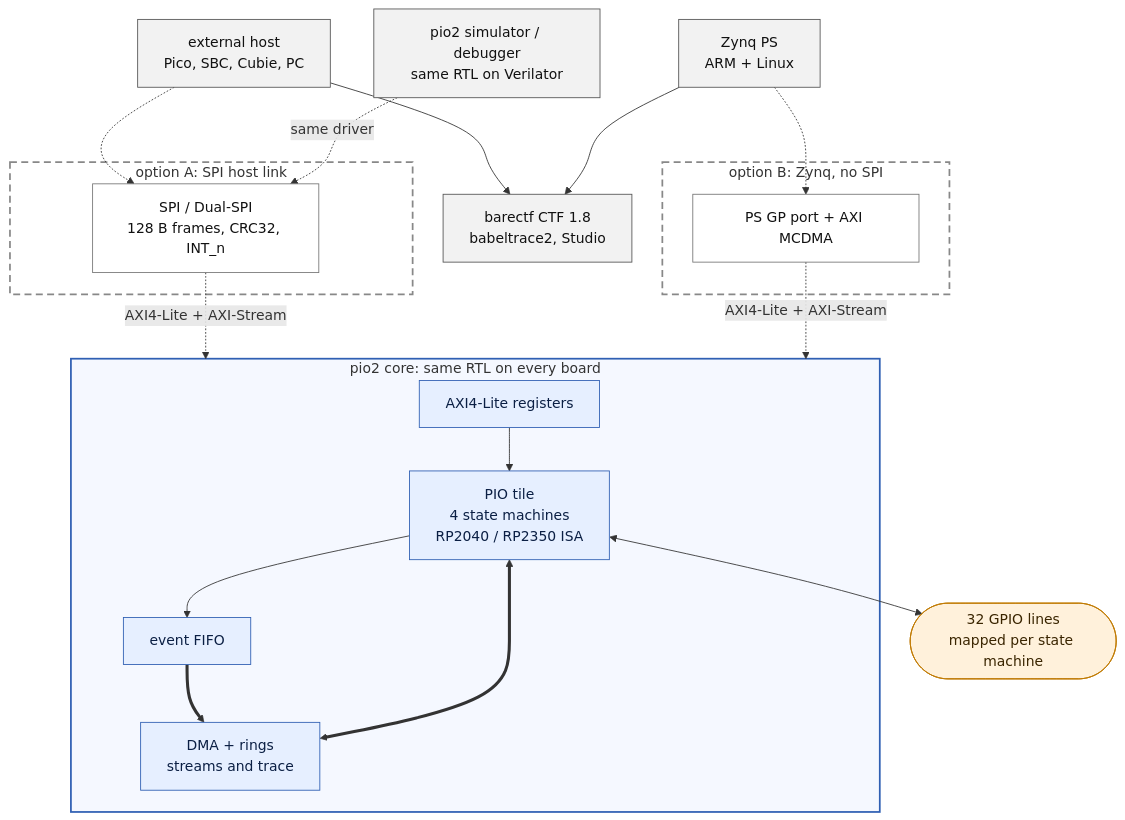
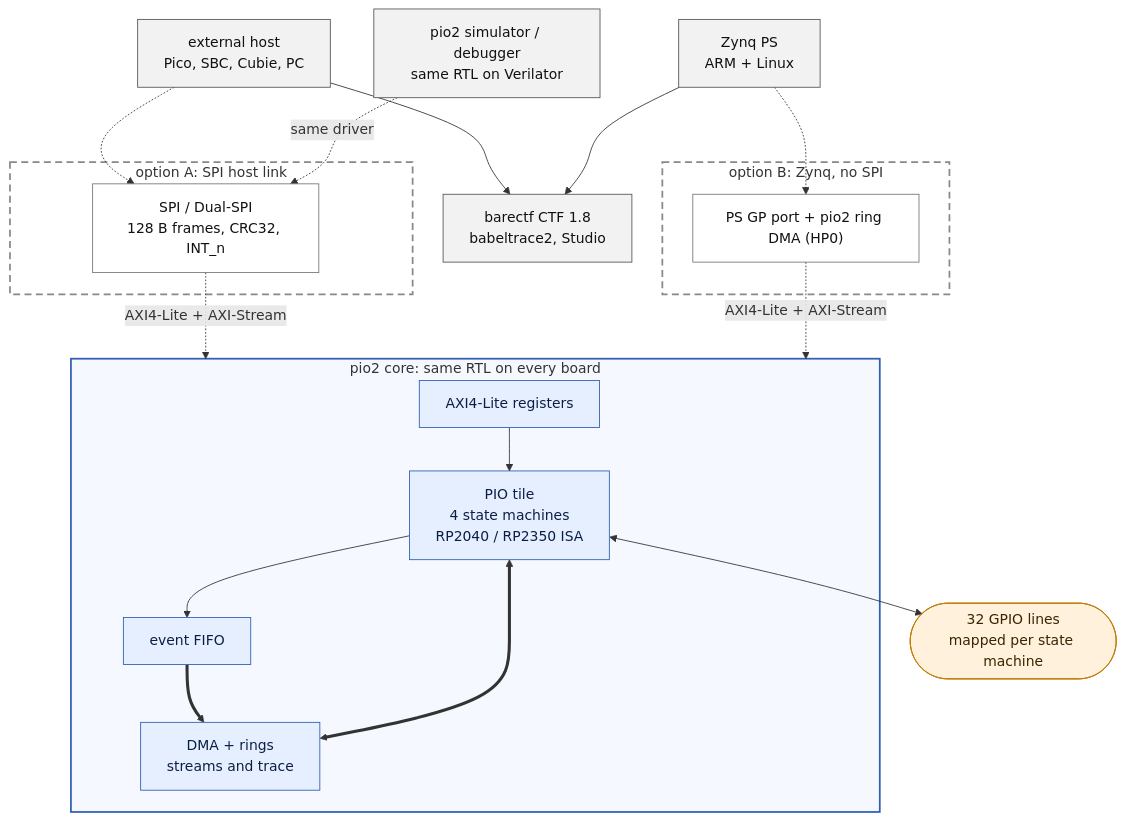
Before and after one commit to tcmichals/pio2: the first of 2 diagrams in README.md, drawn with Mermaid. The commit also changed other lines of this file and 3 other files, not shown here.

First line of the commit message:
docs(zynq): own ring DMA on HP0 instead of the Xilinx AXI MCDMA [SPEC-ICN-11]

````diff
--- a/README.md
+++ b/README.md
@@ -27,43 +27,43 @@
 ```mermaid
 flowchart TB
     classDef host fill:#f2f2f2,stroke:#555,color:#111
     classDef opt fill:#ffffff,stroke:#777,color:#111
     classDef core fill:#e6efff,stroke:#2f5fb3,color:#0b1f44
     classDef pins fill:#fff1db,stroke:#c07a00,color:#3a2500
 
     EXT["external host<br/>Pico, SBC, Cubie, PC"]:::host
     PS["Zynq PS<br/>ARM + Linux"]:::host
     SIM["pio2 simulator / debugger<br/>same RTL on Verilator"]:::host
 
     subgraph OPTA["option A: SPI host link"]
         SPI["SPI / Dual-SPI<br/>128 B frames, CRC32, INT_n"]:::opt
     end
     subgraph OPTB["option B: Zynq, no SPI"]
-        ZAD["PS GP port + AXI MCDMA"]:::opt
+        ZAD["PS GP port + pio2 ring DMA (HP0)"]:::opt
     end
 
     subgraph CORE["pio2 core: same RTL on every board"]
         XBAR["AXI4-Lite registers"]:::core
         DMA["DMA + rings<br/>streams and trace"]:::core
         PIO["PIO tile<br/>4 state machines<br/>RP2040 / RP2350 ISA"]:::core
         TRC["event FIFO"]:::core
     end
     PINS(["32 GPIO lines<br/>mapped per state machine"]):::pins
     CTF["barectf CTF 1.8<br/>babeltrace2, Studio"]:::host
 
     EXT -.-> SPI
     PS -.-> ZAD
     SIM -.->|"same driver"| SPI
     SPI -.->|"AXI4-Lite + AXI-Stream"| CORE
     ZAD -.->|"AXI4-Lite + AXI-Stream"| CORE
     XBAR --> PIO
     DMA <==> PIO
     PIO --> TRC ==> DMA
     PIO <--> PINS
     EXT --> CTF
     PS --> CTF
 
     style OPTA fill:none,stroke:#888,stroke-width:2px,stroke-dasharray:8 5
     style OPTB fill:none,stroke:#888,stroke-width:2px,stroke-dasharray:8 5
     style CORE fill:#f5f8ff,stroke:#2f5fb3,stroke-width:2px
 ```
````
